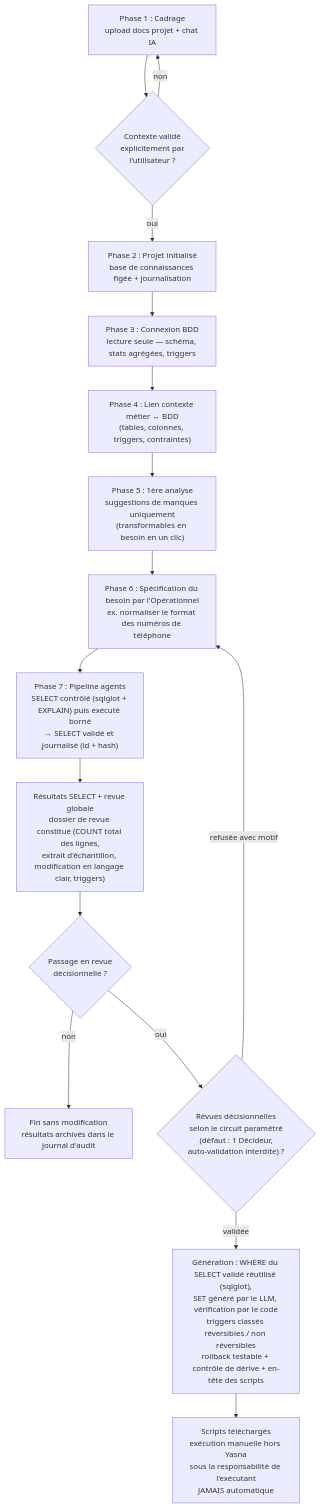
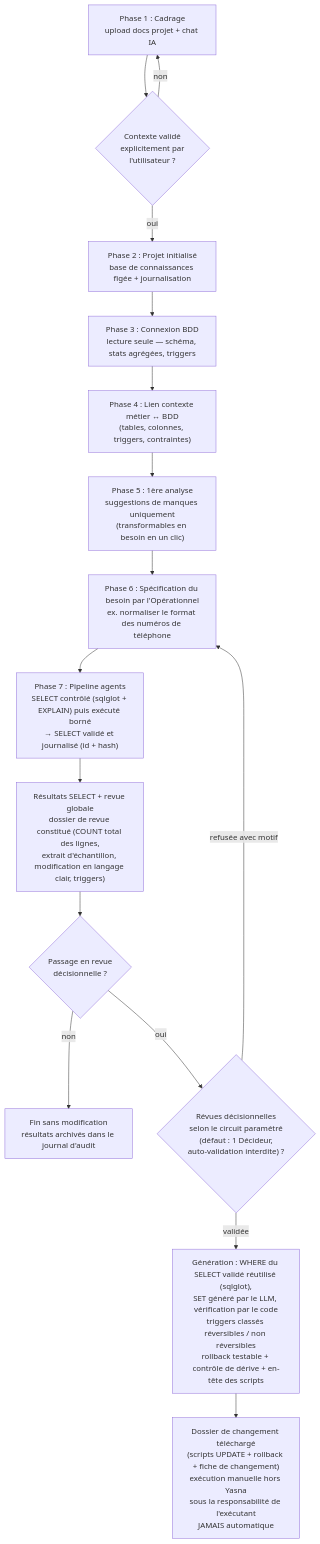
One commit to Choori279/Yasna changed the fifth of 5 diagrams in Yasna_Schemas_Parcours.md. Above: the diagram before and after it, drawn with Mermaid. The commit also changed other lines of this file and 2 other files, not shown here.

Commit message:
docs(G): dossier de changement en sortie de phase 8 (scripts + fiche de changement)

````diff
--- a/Yasna_Schemas_Parcours.md
+++ b/Yasna_Schemas_Parcours.md
@@ -216,18 +216,18 @@
 ```mermaid
 flowchart TD
     P1["Phase 1 : Cadrage<br/>upload docs projet + chat IA"] --> D1{"Contexte validé<br/>explicitement par<br/>l'utilisateur ?"}
     D1 -- non --> P1
     D1 -- oui --> P2["Phase 2 : Projet initialisé<br/>base de connaissances figée + journalisation"]
     P2 --> P3["Phase 3 : Connexion BDD<br/>lecture seule — schéma, stats agrégées, triggers"]
     P3 --> P4["Phase 4 : Lien contexte métier ↔ BDD<br/>(tables, colonnes, triggers, contraintes)"]
     P4 --> P5["Phase 5 : 1ère analyse<br/>suggestions de manques uniquement<br/>(transformables en besoin en un clic)"]
     P5 --> P6["Phase 6 : Spécification du besoin par l'Opérationnel<br/>ex. normaliser le format des numéros de téléphone"]
     P6 --> P7["Phase 7 : Pipeline agents<br/>SELECT contrôlé (sqlglot + EXPLAIN) puis exécuté borné<br/>→ SELECT validé et journalisé (id + hash)"]
     P7 --> P8["Résultats SELECT + revue globale<br/>dossier de revue constitué (COUNT total des lignes,<br/>extrait d'échantillon, modification en langage clair, triggers)"]
     P8 --> D2{"Passage en revue<br/>décisionnelle ?"}
     D2 -- non --> F1["Fin sans modification<br/>résultats archivés dans le journal d'audit"]
     D2 -- oui --> D3{"Révues décisionnelles<br/>selon le circuit paramétré<br/>(défaut : 1 Décideur,<br/>auto-validation interdite) ?"}
     D3 -- "refusée avec motif" --> P6
     D3 -- validée --> P9["Génération : WHERE du SELECT validé réutilisé (sqlglot),<br/>SET généré par le LLM, vérification par le code<br/>triggers classés réversibles / non réversibles<br/>rollback testable + contrôle de dérive + en-tête des scripts"]
-    P9 --> F2["Scripts téléchargés<br/>exécution manuelle hors Yasna<br/>sous la responsabilité de l'exécutant<br/>JAMAIS automatique"]
+    P9 --> F2["Dossier de changement téléchargé<br/>(scripts UPDATE + rollback + fiche de changement)<br/>exécution manuelle hors Yasna<br/>sous la responsabilité de l'exécutant<br/>JAMAIS automatique"]
 ```
````
